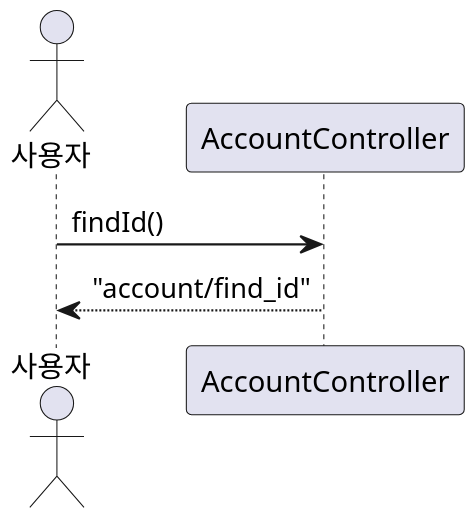
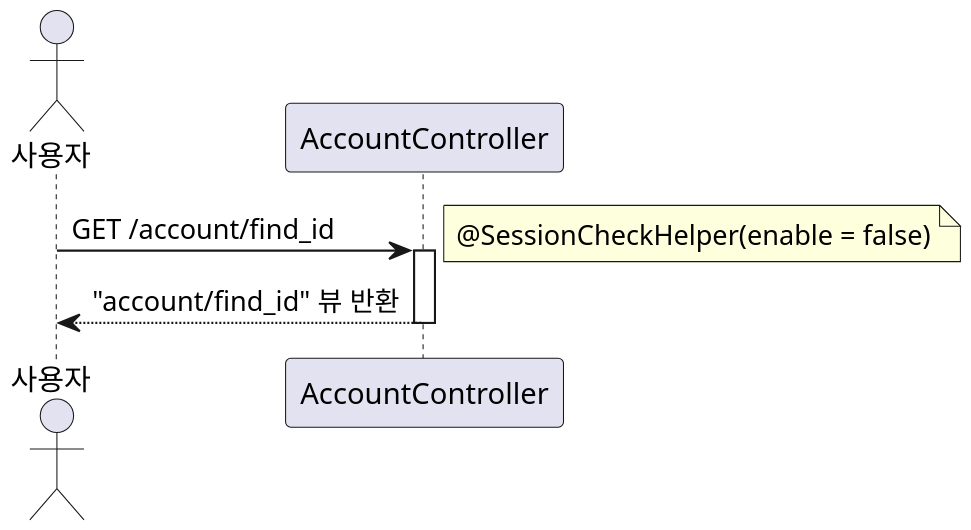
Before and after one commit to leekh4232/study-myshop: the diagram in uml/AccountController/findId_Sequence.puml, drawn with PlantUML. The commit also changed 144 other files, not shown here.

```diff
--- a/uml/AccountController/findId_Sequence.puml
+++ b/uml/AccountController/findId_Sequence.puml
@@ -1,8 +1,13 @@
 @startuml
 skinparam dpi 200
-actor 사용자
+
+actor Actor as "사용자"
 participant AccountController
 
-사용자 -> AccountController : findId()
-AccountController --> 사용자 : "account/find_id"
+Actor -> AccountController: GET /account/find_id
+activate AccountController
+note right: @SessionCheckHelper(enable = false)
+AccountController --> Actor: "account/find_id" 뷰 반환
+deactivate AccountController
+
 @enduml
```
